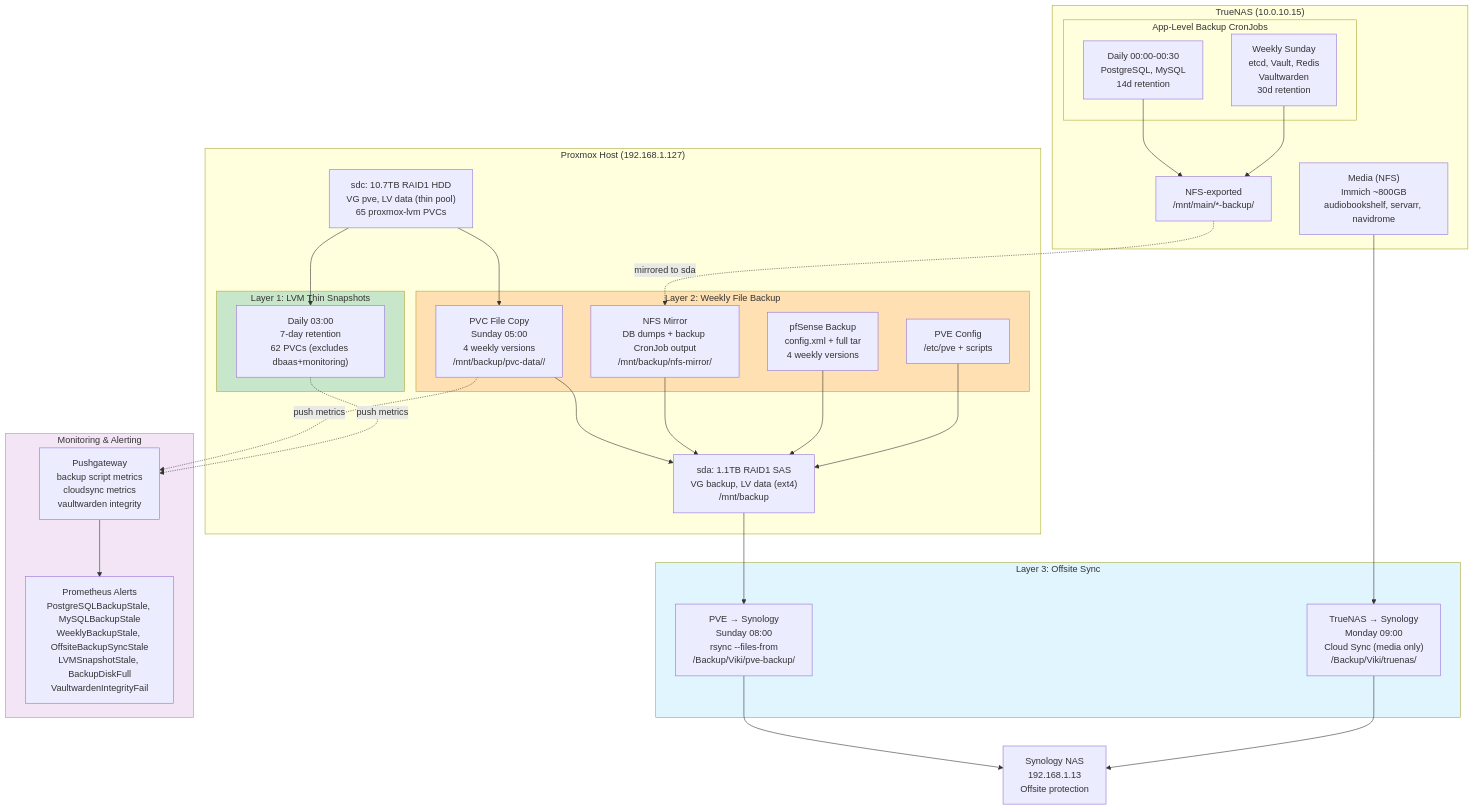
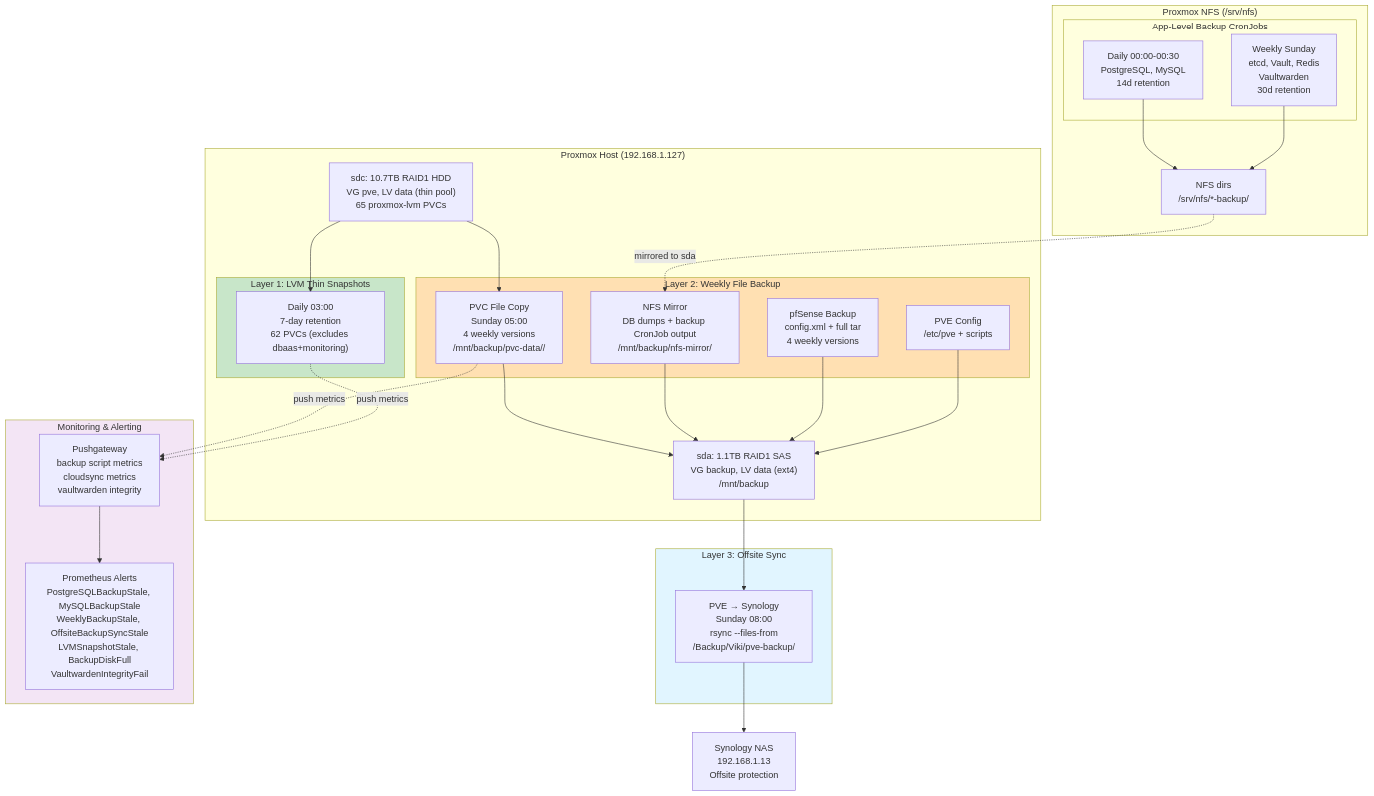
Before and after one commit to ViktorBarzin/infra: the first of 5 diagrams in docs/architecture/backup-dr.md, drawn with Mermaid. The commit also changed other lines of this file and 19 other files, not shown here.

First line of the commit message:
deprecate TrueNAS: migrate Immich NFS to Proxmox, remove all 10.0.10.15 references [ci skip]

````diff
--- a/docs/architecture/backup-dr.md
+++ b/docs/architecture/backup-dr.md
@@ -20,67 +19,63 @@
 ```mermaid
 graph TB
     subgraph Proxmox["Proxmox Host (192.168.1.127)"]
         sdc["sdc: 10.7TB RAID1 HDD<br/>VG pve, LV data (thin pool)<br/>65 proxmox-lvm PVCs"]
         sda["sda: 1.1TB RAID1 SAS<br/>VG backup, LV data (ext4)<br/>/mnt/backup"]
 
         subgraph Layer1["Layer 1: LVM Thin Snapshots"]
             Snap["Daily 03:00<br/>7-day retention<br/>62 PVCs (excludes dbaas+monitoring)"]
         end
 
         subgraph Layer2["Layer 2: Weekly File Backup"]
             PVCBackup["PVC File Copy<br/>Sunday 05:00<br/>4 weekly versions<br/>/mnt/backup/pvc-data/<YYYY-WW>/"]
             NFSMirror["NFS Mirror<br/>DB dumps + backup CronJob output<br/>/mnt/backup/nfs-mirror/"]
             PfsenseBackup["pfSense Backup<br/>config.xml + full tar<br/>4 weekly versions"]
             PVEConfig["PVE Config<br/>/etc/pve + scripts"]
         end
 
         sdc --> Snap
         sdc --> PVCBackup
         PVCBackup --> sda
         NFSMirror --> sda
         PfsenseBackup --> sda
         PVEConfig --> sda
     end
 
-    subgraph TrueNAS["TrueNAS (10.0.10.15)"]
-        NFS_Backup["NFS-exported<br/>/mnt/main/*-backup/"]
-        Media["Media (NFS)<br/>Immich ~800GB<br/>audiobookshelf, servarr, navidrome"]
+    subgraph NFS_Storage["Proxmox NFS (/srv/nfs)"]
+        NFS_Backup["NFS dirs<br/>/srv/nfs/*-backup/"]
 
         subgraph AppBackups["App-Level Backup CronJobs"]
             CronDaily["Daily 00:00-00:30<br/>PostgreSQL, MySQL<br/>14d retention"]
             CronWeekly["Weekly Sunday<br/>etcd, Vault, Redis<br/>Vaultwarden<br/>30d retention"]
         end
 
         CronDaily --> NFS_Backup
         CronWeekly --> NFS_Backup
     end
 
     subgraph Layer3["Layer 3: Offsite Sync"]
         PVEOffsite["PVE → Synology<br/>Sunday 08:00<br/>rsync --files-from<br/>/Backup/Viki/pve-backup/"]
-        CloudSync["TrueNAS → Synology<br/>Monday 09:00<br/>Cloud Sync (media only)<br/>/Backup/Viki/truenas/"]
     end
 
     sda --> PVEOffsite
-    Media --> CloudSync
 
     Synology["Synology NAS<br/>192.168.1.13<br/>Offsite protection"]
 
     PVEOffsite --> Synology
-    CloudSync --> Synology
 
     NFS_Backup -.->|mirrored to sda| NFSMirror
 
     subgraph Monitoring["Monitoring & Alerting"]
         Prometheus["Prometheus Alerts<br/>PostgreSQLBackupStale, MySQLBackupStale<br/>WeeklyBackupStale, OffsiteBackupSyncStale<br/>LVMSnapshotStale, BackupDiskFull<br/>VaultwardenIntegrityFail"]
         Pushgateway["Pushgateway<br/>backup script metrics<br/>cloudsync metrics<br/>vaultwarden integrity"]
     end
 
     PVCBackup -.->|push metrics| Pushgateway
     Snap -.->|push metrics| Pushgateway
     Pushgateway --> Prometheus
 
     style Layer1 fill:#c8e6c9
     style Layer2 fill:#ffe0b2
     style Layer3 fill:#e1f5ff
     style Monitoring fill:#f3e5f5
 ```
````
